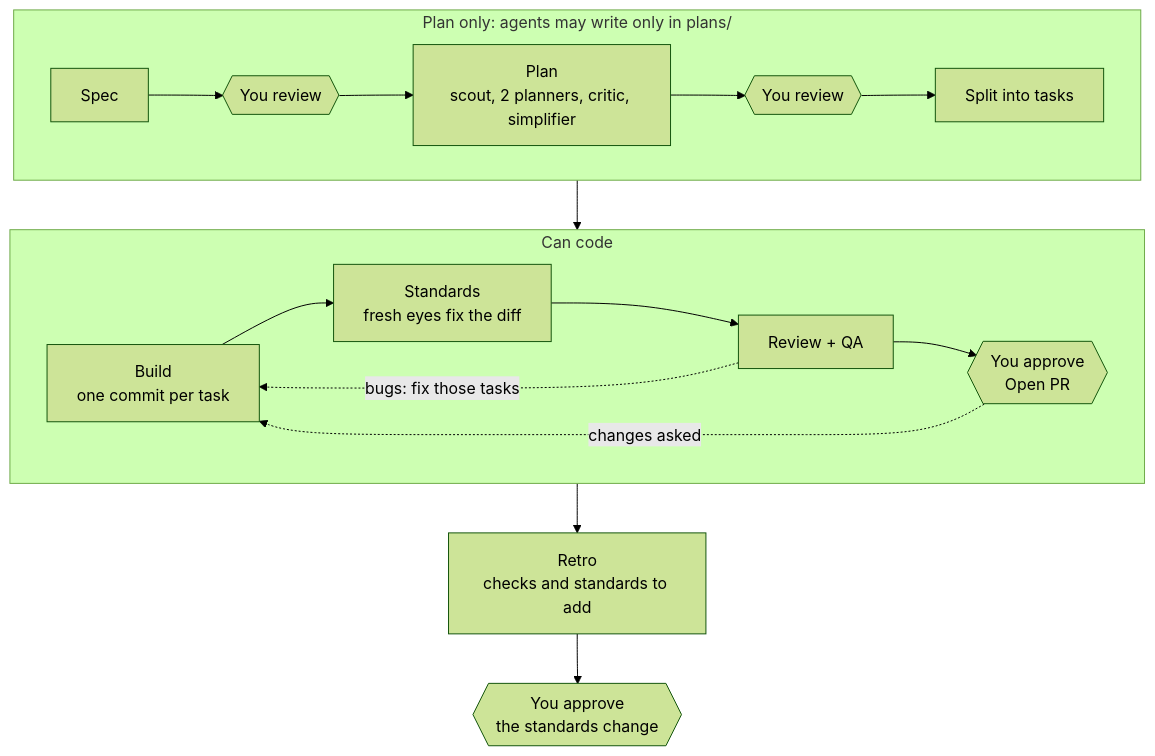
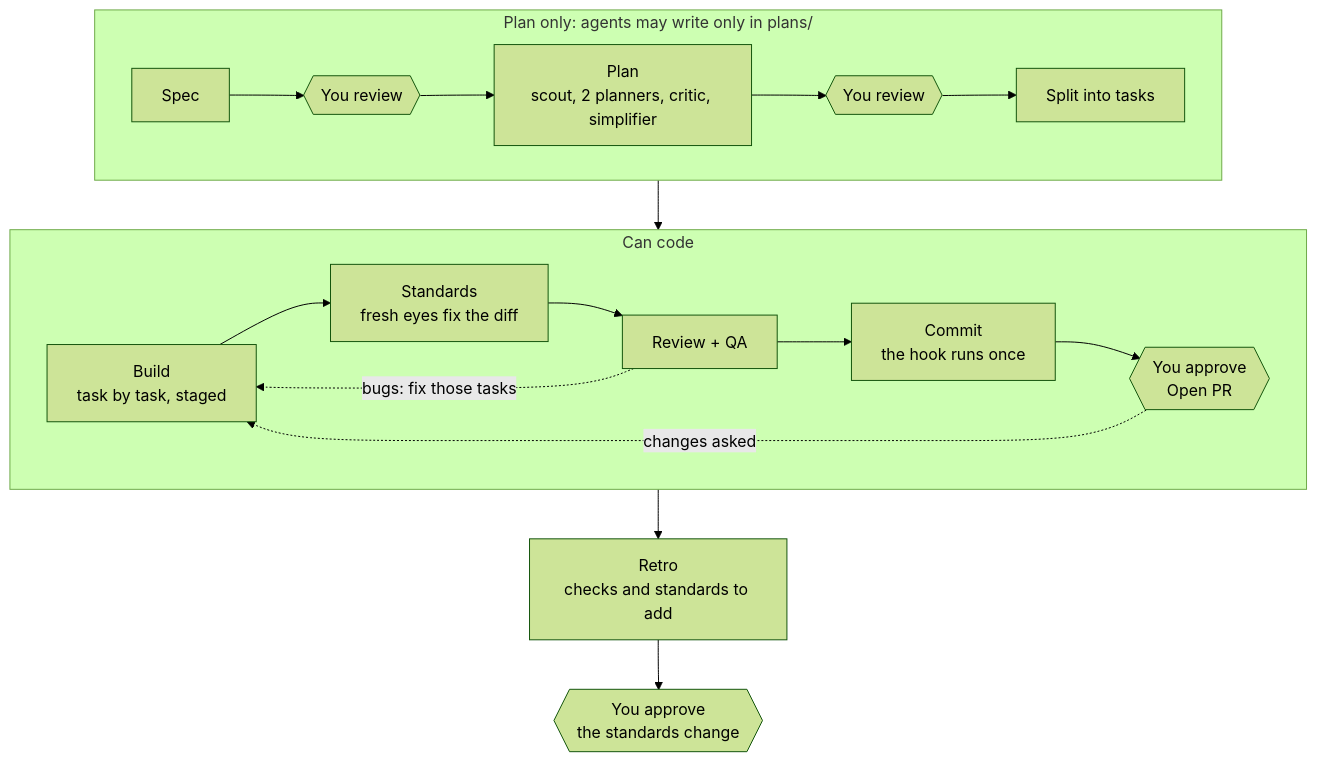
One commit to 0x0603/claude-team-ui changed the second of 2 diagrams in README.md. Above: the diagram before and after it, drawn with Mermaid (forest theme). The commit also changed other lines of this file and 17 other files, not shown here.

First line of the commit message:
One commit at the end: a Commit step after the review runs the hook once

````diff
--- a/README.md
+++ b/README.md
@@ -132,15 +132,15 @@
 ```mermaid
 flowchart TB
   subgraph plan ["Plan only: agents may write only in plans/"]
     direction LR
     S[Spec] --> R1{{You review}} --> P["Plan<br>scout, 2 planners, critic, simplifier"] --> R2{{You review}} --> T[Split into tasks]
   end
   subgraph code ["Can code"]
     direction LR
-    B["Build<br>one commit per task"] --> M["Standards<br>fresh eyes fix the diff"] --> Q[Review + QA] --> R3{{"You approve<br>Open PR"}}
+    B["Build<br>task by task, staged"] --> M["Standards<br>fresh eyes fix the diff"] --> Q[Review + QA] --> C["Commit<br>the hook runs once"] --> R3{{"You approve<br>Open PR"}}
   end
   T --> B
   Q -. "bugs: fix those tasks" .-> B
   R3 -. "changes asked" .-> B
   R3 --> X["Retro<br>checks and standards to add"] --> R4{{"You approve<br>the standards change"}}
 ```
````
